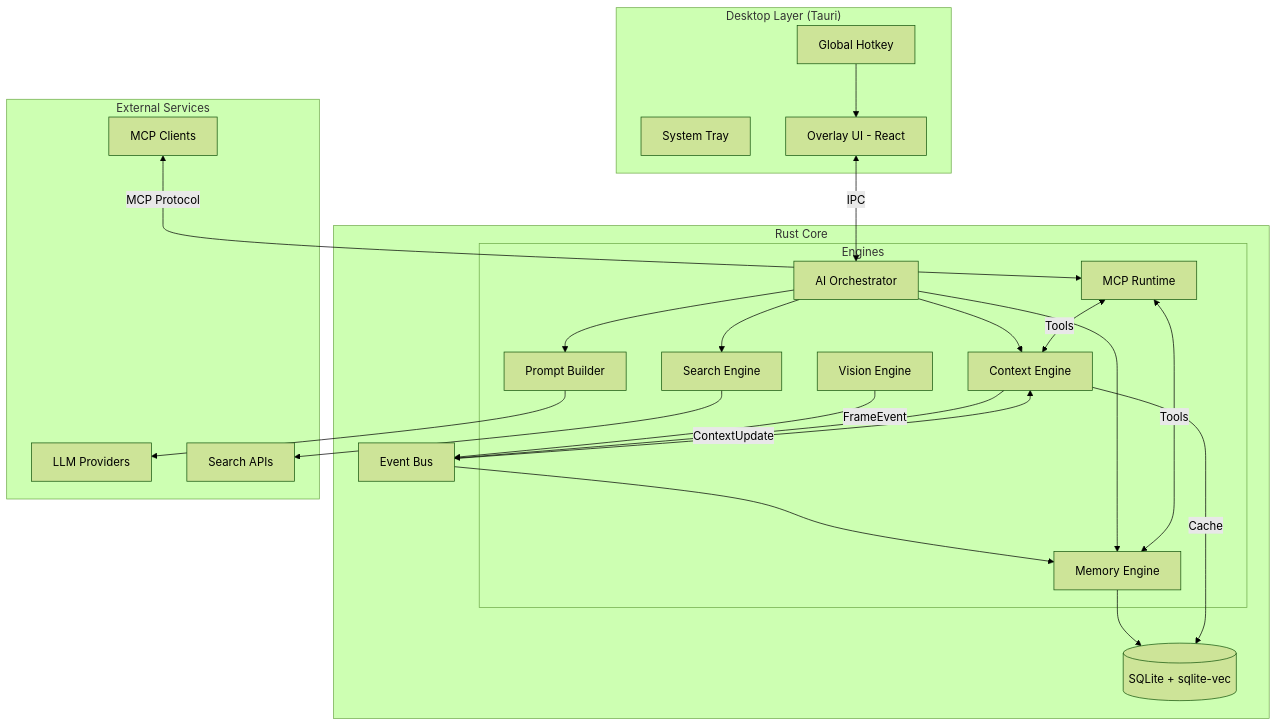
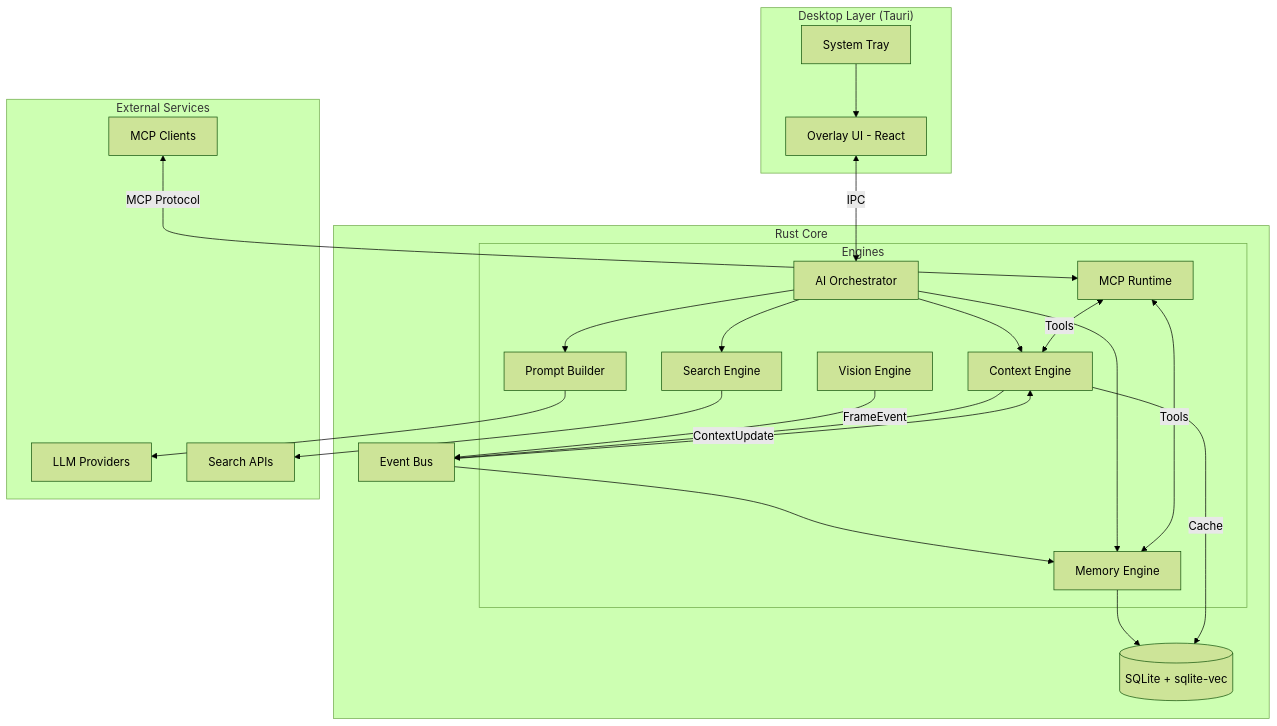
The first of 7 diagrams in docs/02_System_Architecture.md (Ngh1az/Contexa), drawn with Mermaid (forest theme) before and after one commit. The commit also changed other lines of this file and 10 other files, not shown here.

First line of the commit message:
feat(desktop): replace global hotkey with system tray for overlay

````diff
--- a/docs/02_System_Architecture.md
+++ b/docs/02_System_Architecture.md
@@ -46,48 +46,47 @@
 ```mermaid
 flowchart TB
     subgraph Desktop["Desktop Layer (Tauri)"]
         Tray[System Tray]
-        Hotkey[Global Hotkey]
         OverlayUI[Overlay UI - React]
     end
 
     subgraph Core["Rust Core"]
         VB[Event Bus]
         
         subgraph Engines
             VE[Vision Engine]
             CE[Context Engine]
             ME[Memory Engine]
             AO[AI Orchestrator]
             SE[Search Engine]
             PB[Prompt Builder]
             MCP[MCP Runtime]
         end
         
         DB[(SQLite + sqlite-vec)]
     end
 
     subgraph External["External Services"]
         LLM[LLM Providers]
         WebSearch[Search APIs]
         MCPClients[MCP Clients]
     end
 
-    Hotkey --> OverlayUI
+    Tray --> OverlayUI
     OverlayUI <-->|IPC| AO
   VE -->|FrameEvent| VB
     VB --> CE
     CE -->|ContextUpdate| VB
     VB --> ME
     ME --> DB
     AO --> CE
     AO --> ME
     AO --> SE
     AO --> PB
     PB --> LLM
     SE --> WebSearch
     MCP <-->|Tools| CE
     MCP <-->|Tools| ME
     MCPClients <-->|MCP Protocol| MCP
     CE -->|Cache| DB
 ```
````
